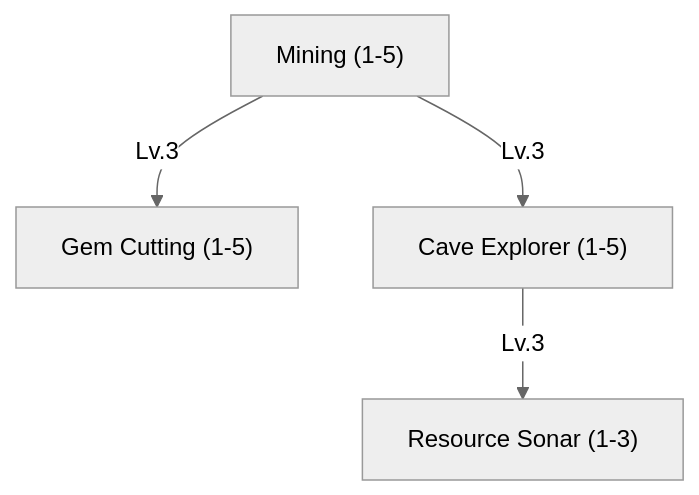
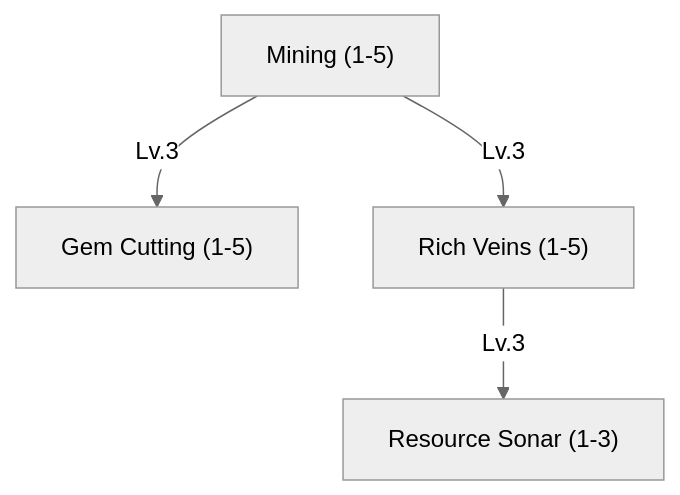
Before and after one commit to tfelix/bestia-docs: the ninth of 16 diagrams in content/docs/mechanics/master.md, drawn with Mermaid (neutral theme). The commit also changed other lines of this file, not shown here.

First line of the commit message:
Replace Cave Explorer with Rich Veins

````diff
--- a/content/docs/mechanics/master.md
+++ b/content/docs/mechanics/master.md
@@ -1001,11 +1001,11 @@
 ```mermaid
 graph TD
     Mining["Mining (1-5)"]
     GemCutting["Gem Cutting (1-5)"]
-    CaveExplorer["Cave Explorer (1-5)"]
+    RichVeins["Rich Veins (1-5)"]
     ResourceSonar["Resource Sonar (1-3)"]
 
     Mining -->|Lv.3| GemCutting
-    Mining -->|Lv.3| CaveExplorer
-    CaveExplorer -->|Lv.3| ResourceSonar
+    Mining -->|Lv.3| RichVeins
+    RichVeins -->|Lv.3| ResourceSonar
 ```
````
